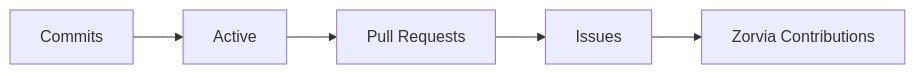
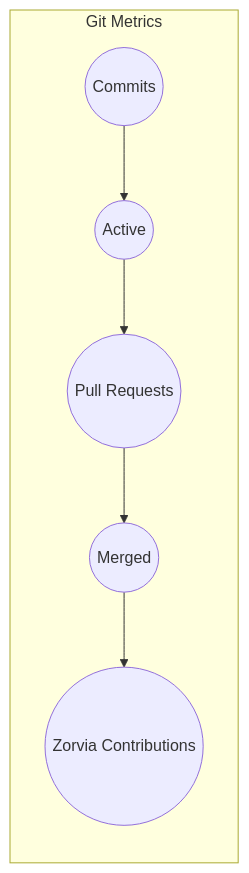
The first of 2 diagrams in README.md (luvaary/luvaary), drawn with Mermaid before and after one commit. The commit also changed other lines of this file, not shown here.

````diff
--- a/README.md
+++ b/README.md
@@ -72,8 +41,9 @@
 ```mermaid
-%% live commit streak and contribution graph
-graph LR
-    A[Commits] --> B[Active]
-    B --> C[Pull Requests]
-    C --> D[Issues]
-    D --> E[Zorvia Contributions]
+flowchart LR
+    subgraph Git Metrics
+    A((Commits)) --> B((Active))
+    B --> C((Pull Requests))
+    C --> D((Merged))
+    D --> E((Zorvia Contributions))
+    end
 ```
````
